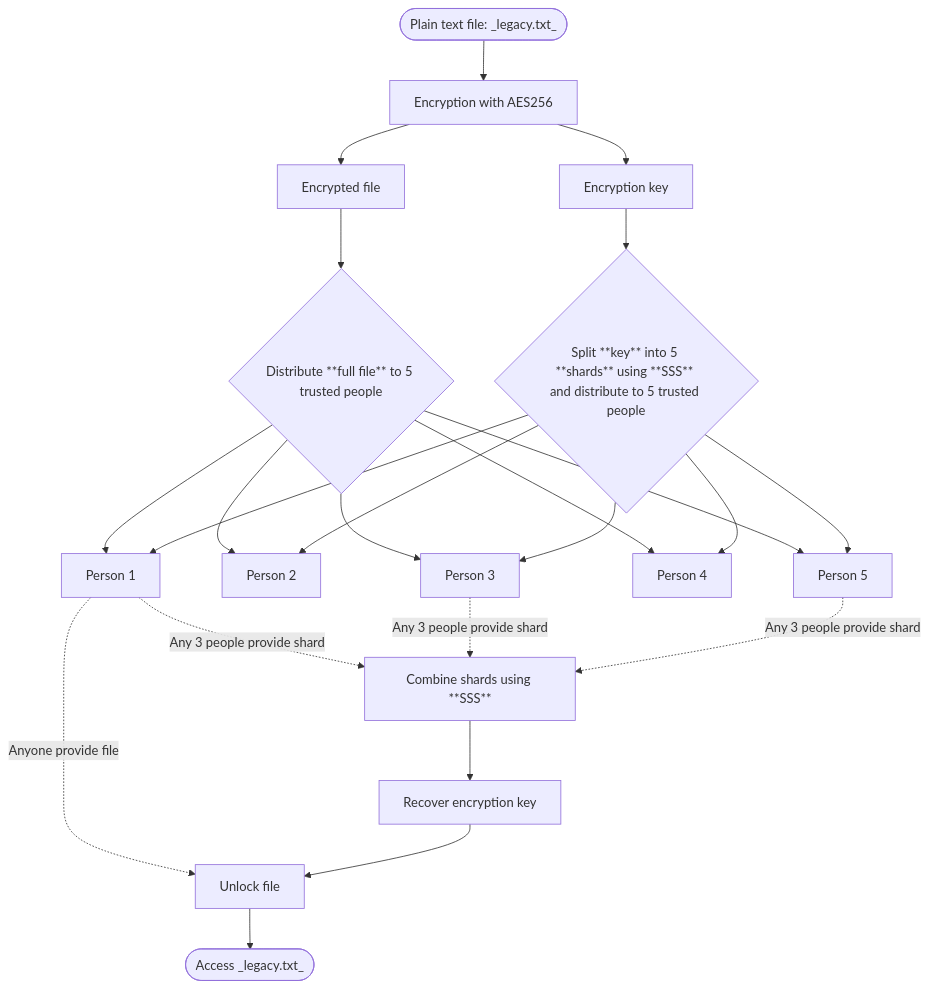
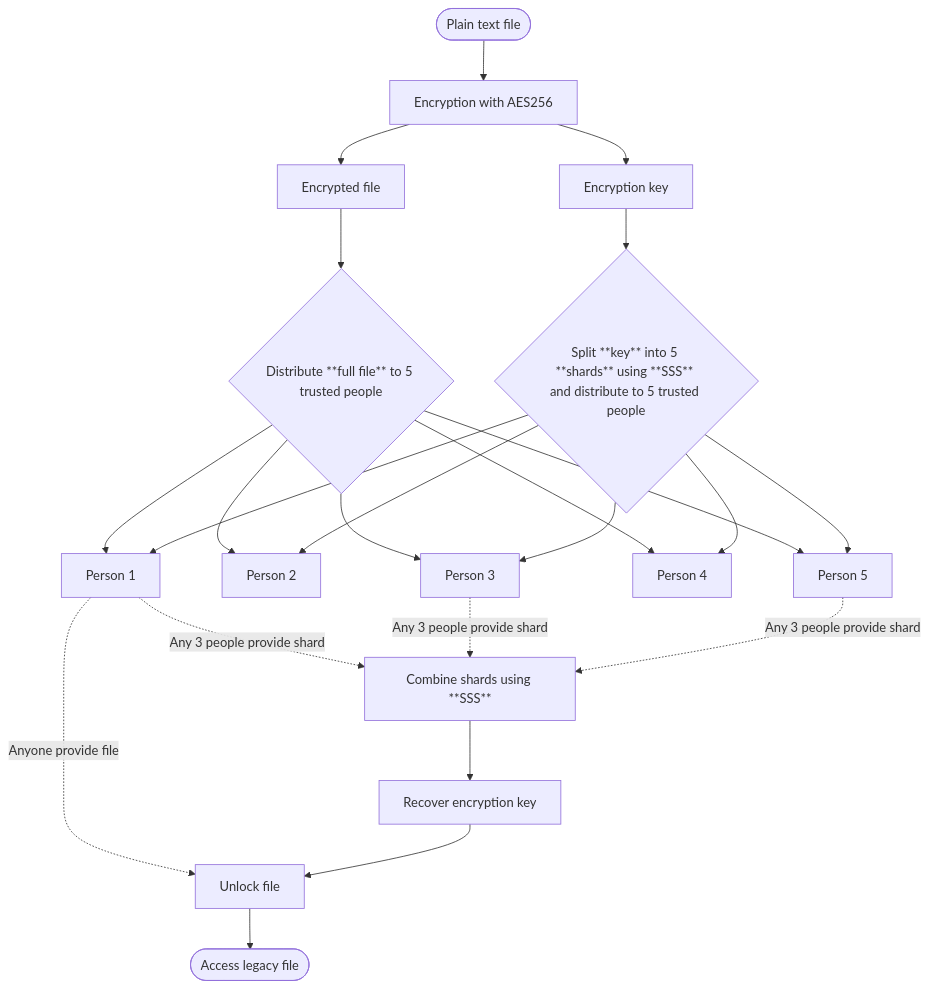
Before and after one commit to Favo02/bruta-fin: the diagram in README.md, drawn with Mermaid. The commit also changed other lines of this file and 2 other files, not shown here.

````diff
--- a/README.md
+++ b/README.md
@@ -14,35 +14,35 @@
 ```mermaid
 graph TD
 
-    Plain([Plain text file: _legacy.txt_]) --> Encrypt[Encryption with AES256]
+    Plain([Plain text file]) --> Encrypt[Encryption with AES256]
 
     Encrypt --> File[Encrypted file]
     Encrypt --> Key[Encryption key]
 
     P1[Person 1]
     P2[Person 2]
     P3[Person 3]
     P4[Person 4]
     P5[Person 5]
 
     File --> Distribute{Distribute **full file** to 5 trusted people}
     Distribute --> P1
     Distribute --> P2
     Distribute --> P3
     Distribute --> P4
     Distribute --> P5
 
     Key --> Split{Split **key** into 5 **shards** using **SSS** and distribute to 5 trusted people}
     Split --> P1
     Split --> P2
     Split --> P3
     Split --> P4
     Split --> P5
 
     P1 & P3 & P5 -.-> |Any 3 people provide shard| Combine
     Combine[Combine shards using **SSS**] --> RecoveredKey[Recover encryption key]
 
     P1 -.-> |Anyone provide file| Unlock[Unlock file]
     RecoveredKey --> Unlock
-    Unlock --> Success([Access _legacy.txt_])
+    Unlock --> Success([Access legacy file])
 ```
````
